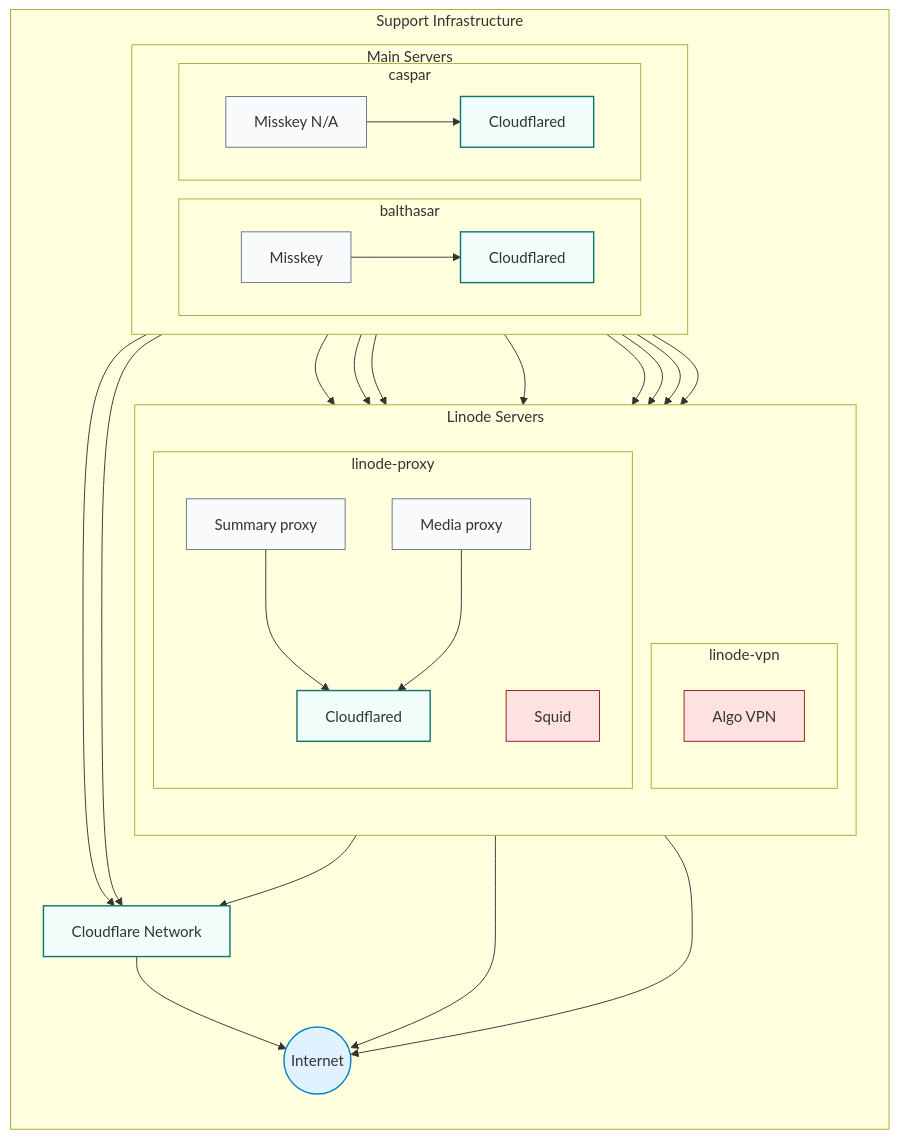
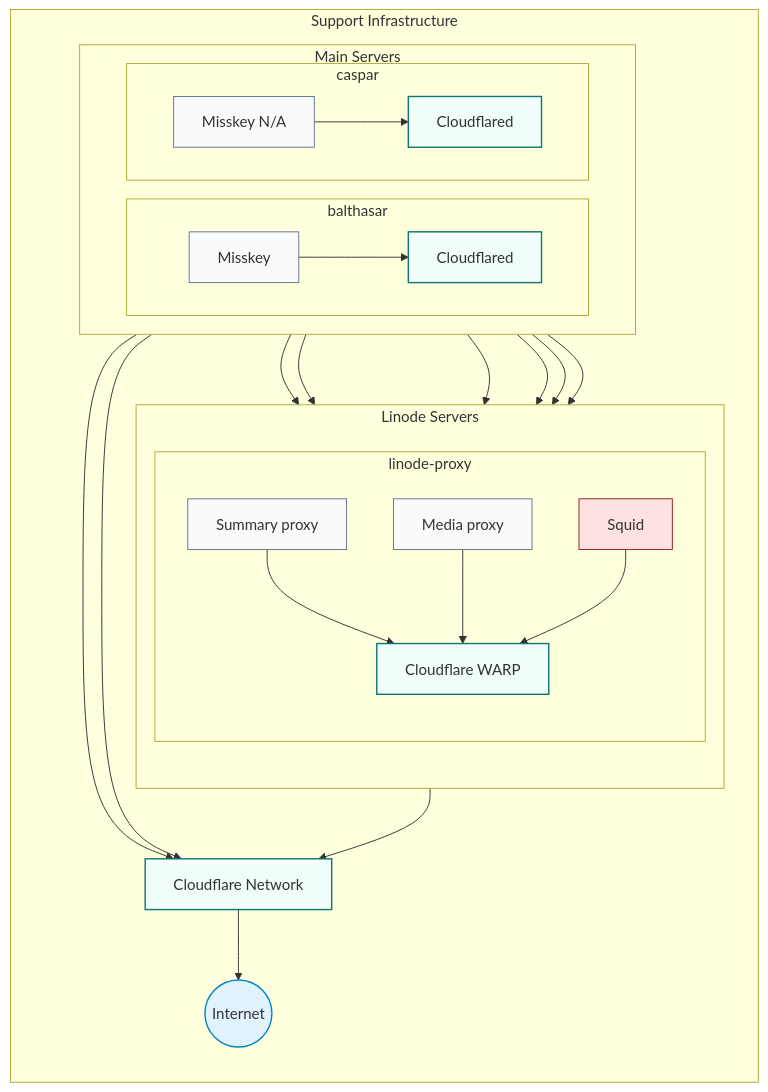
The fourth of 4 diagrams in README.md (yamisskey-dev/hosted-list), drawn with Mermaid before and after one commit.

````diff
--- a/README.md
+++ b/README.md
@@ -292,72 +292,60 @@
 ```mermaid
 graph TB
 %% Style definitions
 classDef homeServer fill:#e2e8f0,stroke:#334155,stroke-width:2px
 classDef service fill:#f8fafc,stroke:#64748b,stroke-width:1px
 classDef security fill:#fee2e2,stroke:#991b1b,stroke-width:1px
 classDef cloudflare fill:#f0fdfa,stroke:#0f766e,stroke-width:1.5px
 classDef internet fill:#e0f2fe,stroke:#0284c7,stroke-width:1.5px
 
-%% Support Infrastructure with connections to main servers
+%% Support Infrastructure
 subgraph support[Support Infrastructure]
     direction TB
     
     subgraph linode[Linode Servers]
         direction TB
-        
-        subgraph vpn[linode-vpn]
-            algo[Algo VPN]:::security
-        end
-        
         subgraph proxy[linode-proxy]
             summaryproxy[Summary proxy]:::service
             mediaproxy[Media proxy]:::service
             squid[Squid]:::security
-            cloudflared_proxy[Cloudflared]:::cloudflare
+            warp[Cloudflare WARP]:::cloudflare
         end
     end
     
-    %% Main server references with their social services
+    %% Main Servers
     subgraph main_servers[Main Servers]
         direction LR
-        
         subgraph balthasar[balthasar]
             yamisskey[Misskey]:::service
             cloudflared_b[Cloudflared]:::cloudflare
         end
-        
         subgraph caspar[caspar]
             nayamisskey[Misskey N/A]:::service
             cloudflared_c[Cloudflared]:::cloudflare
         end
     end
     
     %% External networks
     cloudflare_network[Cloudflare Network]:::cloudflare
     internet((Internet)):::internet
 end
 
-%% Connections to proxies
-yamisskey --> summaryproxy & mediaproxy
-nayamisskey --> summaryproxy & mediaproxy
+%% Misskey -> proxies
+yamisskey --> summaryproxy & mediaproxy & squid
+nayamisskey --> summaryproxy & mediaproxy & squid
 
-%% Direct connections from Misskey to Cloudflared
+%% Misskey -> Cloudflared
 yamisskey --> cloudflared_b
 nayamisskey --> cloudflared_c
 
-%% Misskey connections to VPN and proxy
-yamisskey --> algo & squid
-nayamisskey --> algo & squid
+%% Proxies -> WARP
+summaryproxy & mediaproxy & squid --> warp
 
-%% Direct VPN and proxy connections to internet
-algo --> internet
-squid --> internet
-
-%% Cloudflare connections
-cloudflared_b & cloudflared_c --> cloudflare_network
-cloudflared_proxy --> cloudflare_network
+%% WARP出口
+warp --> cloudflare_network
 cloudflare_network --> internet
 
-%% Proxy service connections to Cloudflared
-summaryproxy & mediaproxy --> cloudflared_proxy
+%% Cloudflared -> Cloudflare Network (直接)
+cloudflared_b --> cloudflare_network
+cloudflared_c --> cloudflare_network
 ```
````
